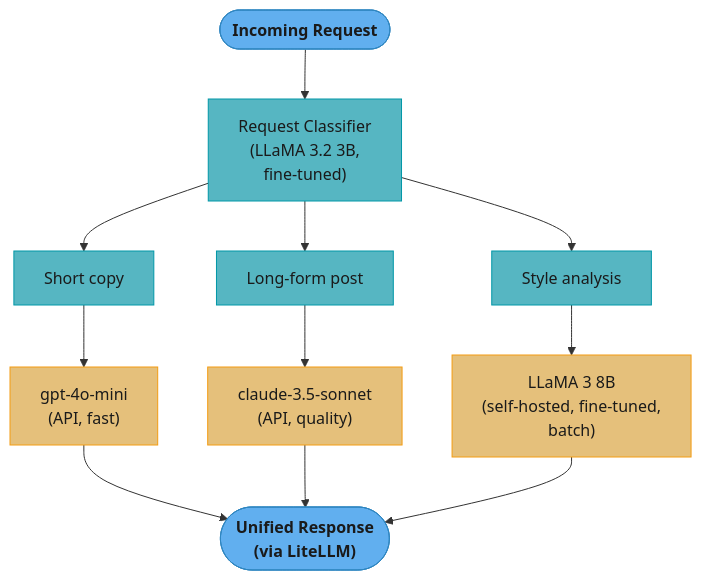
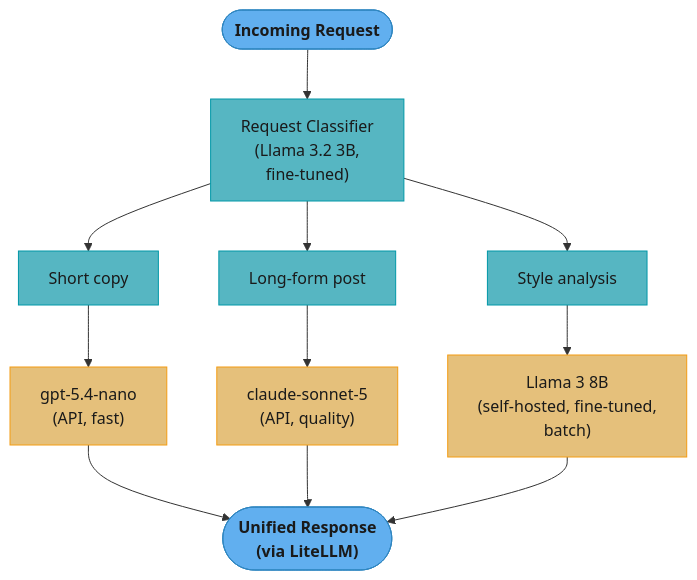
One commit to rppol/system-design changed the fourth of 4 diagrams in src/main/java/com/rutik/systemdesign/llm/llm_ecosystem_and_landscape/README.md. Above: the diagram before and after it, drawn with Mermaid. The commit also changed other lines of this file and 113 other files, not shown here.

````diff
--- a/src/main/java/com/rutik/systemdesign/llm/llm_ecosystem_and_landscape/README.md
+++ b/src/main/java/com/rutik/systemdesign/llm/llm_ecosystem_and_landscape/README.md
@@ -721,21 +786,21 @@
 ```mermaid
 flowchart TD
     classDef io   fill:#61afef,stroke:#2e86c1,color:#1a1a1a,font-weight:bold
     classDef req  fill:#56b6c2,stroke:#0097a7,color:#1a1a1a
     classDef base fill:#e5c07b,stroke:#f39c12,color:#1a1a1a
 
-    Request(["Incoming Request"]) --> Classifier["Request Classifier<br/>(LLaMA 3.2 3B,<br/>fine-tuned)"]
+    Request(["Incoming Request"]) --> Classifier["Request Classifier<br/>(Llama 3.2 3B,<br/>fine-tuned)"]
     Classifier --> Short["Short copy"]
     Classifier --> Long["Long-form post"]
     Classifier --> Style["Style analysis"]
-    Short --> ShortModel["gpt-4o-mini<br/>(API, fast)"]
-    Long --> LongModel["claude-3.5-sonnet<br/>(API, quality)"]
-    Style --> StyleModel["LLaMA 3 8B<br/>(self-hosted, fine-tuned,<br/>batch)"]
+    Short --> ShortModel["gpt-5.4-nano<br/>(API, fast)"]
+    Long --> LongModel["claude-sonnet-5<br/>(API, quality)"]
+    Style --> StyleModel["Llama 3 8B<br/>(self-hosted, fine-tuned,<br/>batch)"]
     ShortModel --> Response(["Unified Response<br/>(via LiteLLM)"])
     LongModel --> Response
     StyleModel --> Response
 
     class Request,Response io
     class Classifier,Short,Long,Style req
     class ShortModel,LongModel,StyleModel base
 ```
````
